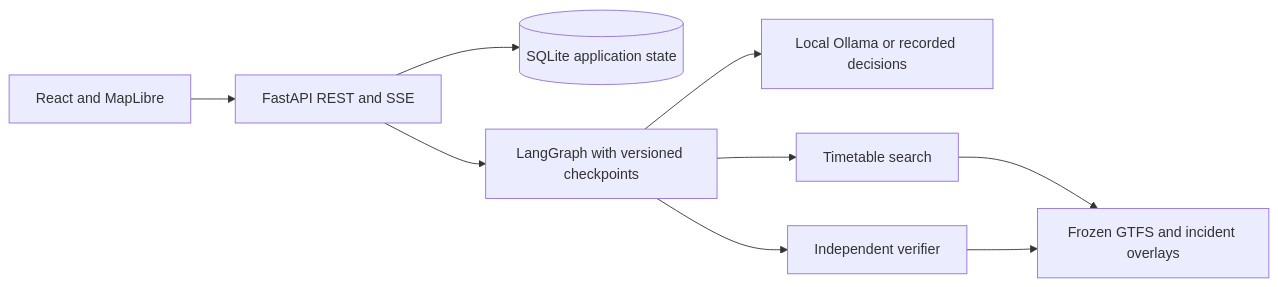
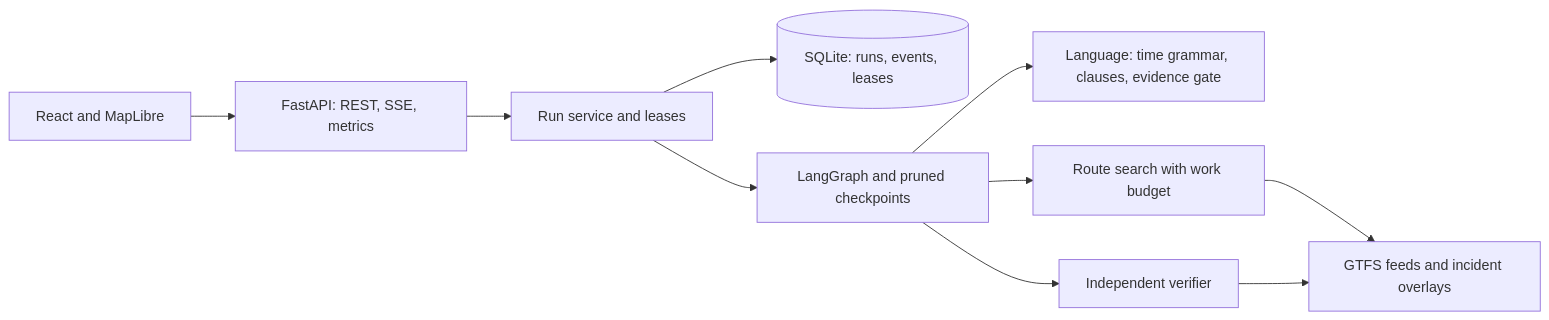
Before and after one commit to onurerguden/transit-replan-lab: the diagram in README.md, drawn with Mermaid. The commit also changed other lines of this file and 29 other files, not shown here.

````diff
--- a/README.md
+++ b/README.md
@@ -43,11 +71,12 @@
 ```mermaid
 flowchart LR
-  UI["React and MapLibre"] --> API["FastAPI REST and SSE"]
-  API --> DB[("SQLite application state")]
-  API --> GRAPH["LangGraph with versioned checkpoints"]
-  GRAPH --> ROLES["Local Ollama or recorded decisions"]
-  GRAPH --> ROUTER["Timetable search"]
+  UI["React and MapLibre"] --> API["FastAPI: REST, SSE, metrics"]
+  API --> SVC["Run service and leases"]
+  SVC --> DB[("SQLite: runs, events, leases")]
+  SVC --> GRAPH["LangGraph and pruned checkpoints"]
+  GRAPH --> LANG["Language: time grammar, clauses, evidence gate"]
+  GRAPH --> ROUTER["Route search with work budget"]
   GRAPH --> VERIFY["Independent verifier"]
-  ROUTER --> GTFS["Frozen GTFS and incident overlays"]
+  ROUTER --> GTFS["GTFS feeds and incident overlays"]
   VERIFY --> GTFS
 ```
````
